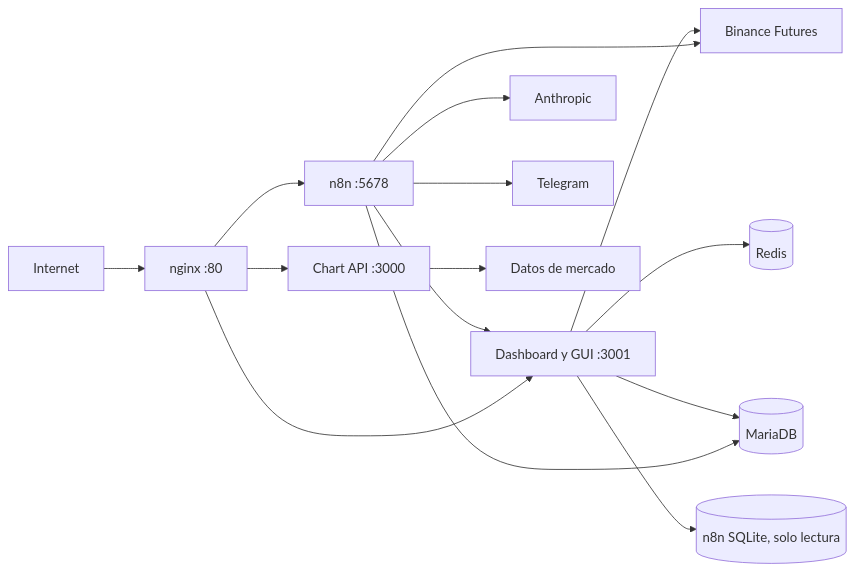
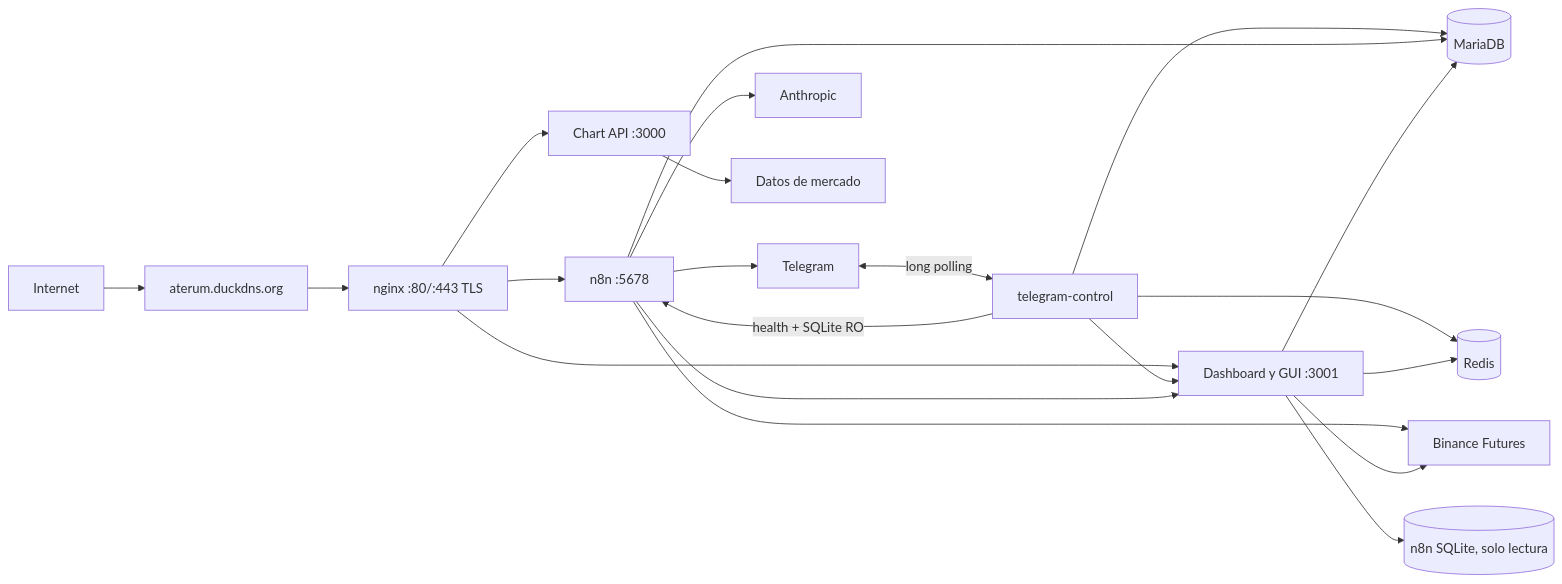
The first of 2 diagrams in bot-control/architecture/README.md (dycr1603-source/aterum_gui), drawn with Mermaid before and after one commit. The commit also changed other lines of this file and 106 other files, not shown here.

````diff
--- a/bot-control/architecture/README.md
+++ b/bot-control/architecture/README.md
@@ -5,18 +5,24 @@
 ```mermaid
 flowchart LR
-  Internet --> NGINX[nginx :80]
+  Internet --> DNS[aterum.duckdns.org]
+  DNS --> NGINX[nginx :80/:443 TLS]
   NGINX --> GUI[Dashboard y GUI :3001]
   NGINX --> N8N[n8n :5678]
   NGINX --> CHART[Chart API :3000]
+  TELEGRAM[Telegram] <-->|long polling| TGCTRL[telegram-control]
+  TGCTRL --> GUI
+  TGCTRL --> MYSQL
+  TGCTRL --> REDIS
+  TGCTRL -->|health + SQLite RO| N8N
 
   N8N --> BINANCE[Binance Futures]
   N8N --> ANTHROPIC[Anthropic]
   N8N --> TELEGRAM[Telegram]
   N8N --> GUI
   N8N --> MYSQL[(MariaDB)]
   GUI --> MYSQL
   GUI --> REDIS[(Redis)]
   GUI --> BINANCE
   GUI --> N8NDB[(n8n SQLite, solo lectura)]
   CHART --> MARKET[Datos de mercado]
 ```
````
